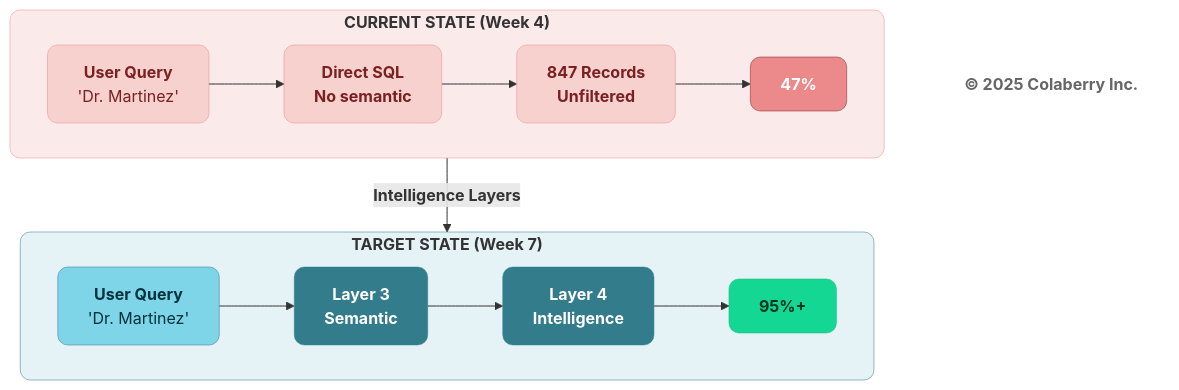
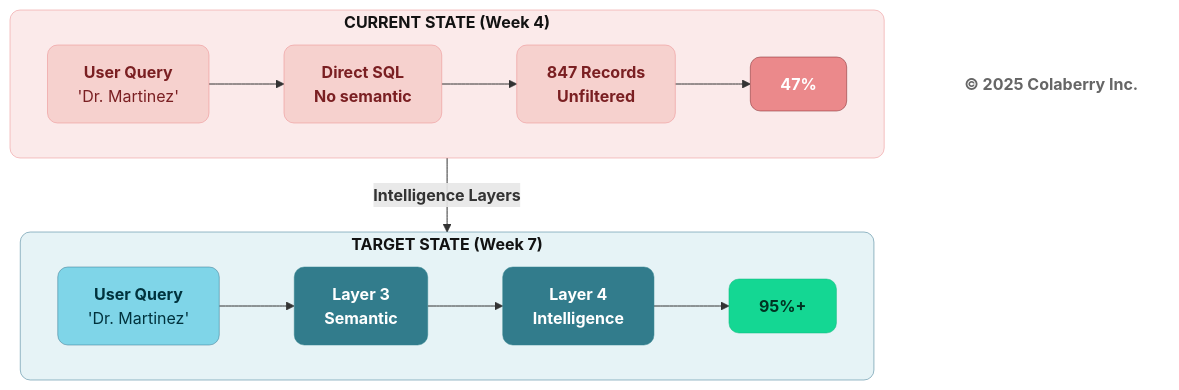
Before and after one commit to saitejesh-cyber/trust-before-intelligence-book: the fourth of 13 diagrams in manuscript/06_chapter_5_intelligence_layers.md, drawn with Mermaid. The commit also changed other lines of this file and 12 other files, not shown here.

````diff
--- a/manuscript/06_chapter_5_intelligence_layers.md
+++ b/manuscript/06_chapter_5_intelligence_layers.md
@@ -258,30 +258,30 @@
 ```mermaid
 graph TB
     subgraph CURRENT["<b>CURRENT STATE (Week 4)</b>"]
         direction LR
         C_Q["<b>User Query</b><br/>'Dr. Martinez'"] --> C_SQL["<b>Direct SQL</b><br/><b>No semantic</b>"] --> C_RES["<b>847 Records</b><br/><b>Unfiltered</b>"] --> C_FAIL["<b>47%</b>"]
     end
     
     CURRENT -->|<b>Intelligence Layers</b>| TARGET
     
     subgraph TARGET["<b>TARGET STATE (Week 7)</b>"]
         direction LR
         T_Q["<b>User Query</b><br/>'Dr. Martinez'"] --> T_SEM["<b>Layer 3</b><br/><b>Semantic</b>"] --> T_RAG["<b>Layer 4</b><br/><b>Intelligence</b>"] --> T_WIN["<b>95%+</b>"]
     end
     
     Copyright["<b>© 2025 Colaberry Inc.</b>"]
     
-    style CURRENT fill:#FBEAEA,stroke:#EB898B,stroke-width:0.5px,rx:10,ry:10
+    style CURRENT fill:#FBEAEA,stroke:#EB898B,stroke-width:0.5px,color:#121212,rx:10,ry:10
     style C_Q fill:#F6D1CE,stroke:#EB898B,stroke-width:0.5px,color:#7A1F22,rx:10,ry:10
     style C_SQL fill:#F6D1CE,stroke:#EB898B,stroke-width:0.5px,color:#7A1F22,rx:10,ry:10
     style C_RES fill:#F6D1CE,stroke:#EB898B,stroke-width:0.5px,color:#7A1F22,rx:10,ry:10
     style C_FAIL fill:#EB898B,stroke:#7A1F22,stroke-width:0.5px,color:#ffffff,rx:10,ry:10
     
-    style TARGET fill:#E6F3F6,stroke:#32738C,stroke-width:0.5px,rx:10,ry:10
+    style TARGET fill:#E6F3F6,stroke:#32738C,stroke-width:0.5px,color:#121212,rx:10,ry:10
     style T_Q fill:#7FD5E8,stroke:#32738C,stroke-width:0.5px,color:#00323D,rx:10,ry:10
     style T_SEM fill:#327C8C,stroke:#30838C,stroke-width:0.5px,color:#ffffff,rx:10,ry:10
     style T_RAG fill:#327C8C,stroke:#30838C,stroke-width:0.5px,color:#ffffff,rx:10,ry:10
     style T_WIN fill:#14D793,stroke:#0FB67D,stroke-width:0.5px,color:#003322,rx:10,ry:10
     
     style Copyright fill:none,stroke:none,color:#666666
 ```
````
